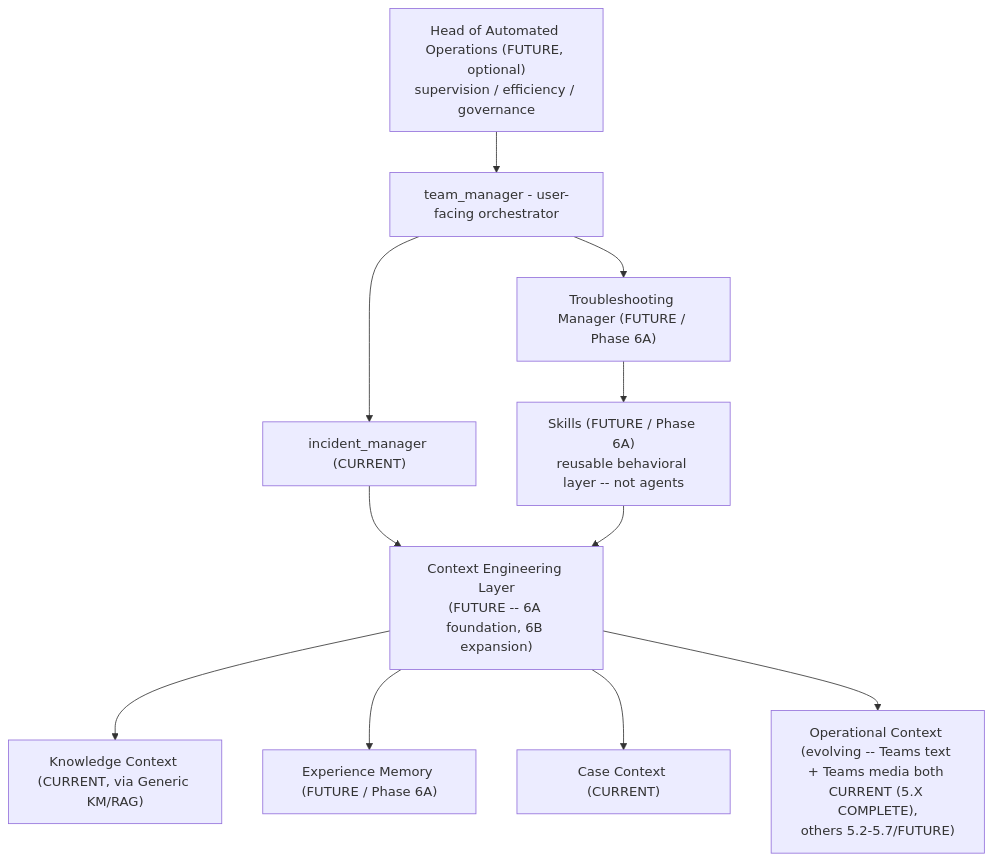
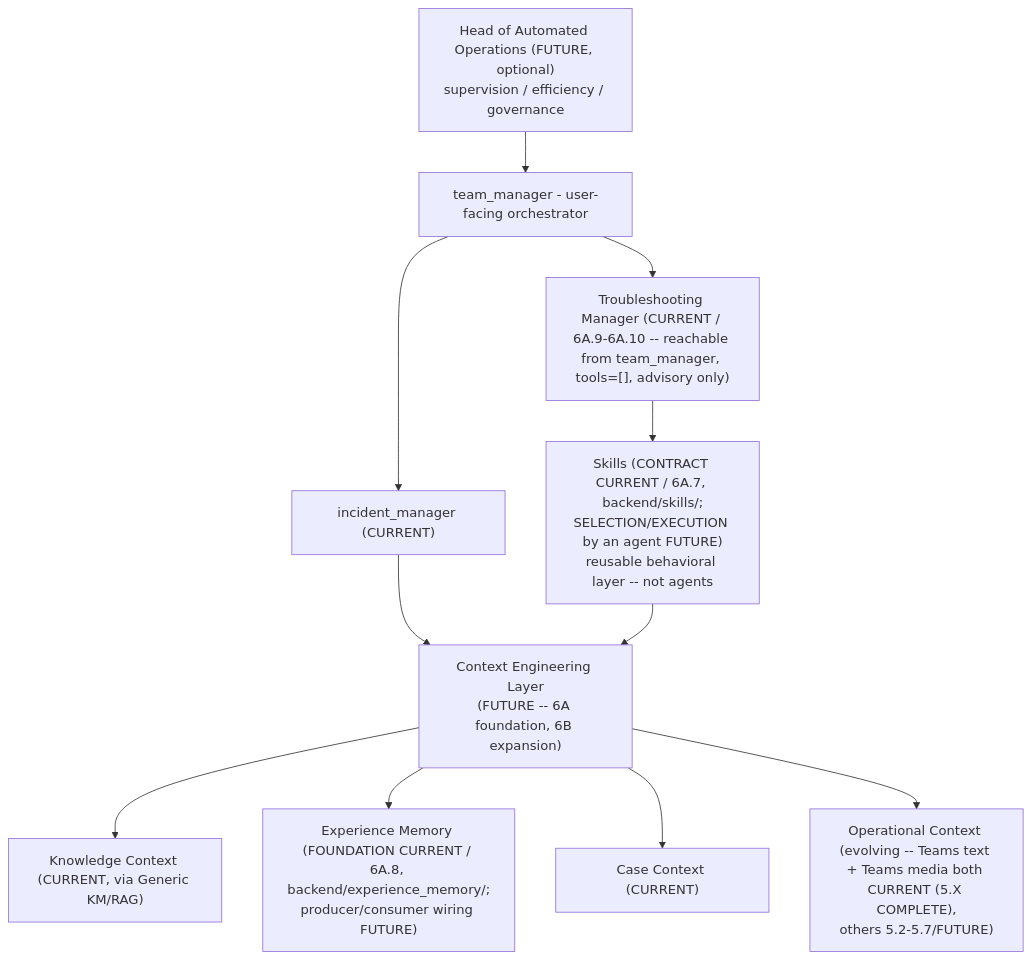
Before and after one commit to drak0niii/SLOPANOC: the second of 2 diagrams in docs/AGENT_CONTRACT.md, drawn with Mermaid. The commit also changed other lines of this file and 206 other files, not shown here.

Commit message:
feat: preserve Phase 6A intelligence foundation

````diff
--- a/docs/AGENT_CONTRACT.md
+++ b/docs/AGENT_CONTRACT.md
@@ -73,13 +98,13 @@
 ```mermaid
 flowchart TD
     HOO["Head of Automated Operations (FUTURE, optional)<br/>supervision / efficiency / governance"] --> TM[team_manager - user-facing orchestrator]
     TM --> IM["incident_manager (CURRENT)"]
-    TM --> TSM["Troubleshooting Manager (FUTURE / Phase 6A)"]
-    TSM --> SK["Skills (FUTURE / Phase 6A)<br/>reusable behavioral layer -- not agents"]
+    TM --> TSM["Troubleshooting Manager (CURRENT / 6A.9-6A.10 -- reachable from team_manager, tools=[], advisory only)"]
+    TSM --> SK["Skills (CONTRACT CURRENT / 6A.7, backend/skills/;<br/>SELECTION/EXECUTION by an agent FUTURE)<br/>reusable behavioral layer -- not agents"]
     IM --> CEL["Context Engineering Layer<br/>(FUTURE -- 6A foundation, 6B expansion)"]
     SK --> CEL
     CEL --> KC["Knowledge Context (CURRENT, via Generic KM/RAG)"]
-    CEL --> EM["Experience Memory (FUTURE / Phase 6A)"]
+    CEL --> EM["Experience Memory (FOUNDATION CURRENT / 6A.8, backend/experience_memory/;<br/>producer/consumer wiring FUTURE)"]
     CEL --> CC["Case Context (CURRENT)"]
     CEL --> OC["Operational Context (evolving -- Teams text + Teams media both CURRENT (5.X COMPLETE),<br/>others 5.2-5.7/FUTURE)"]
 ```
````
